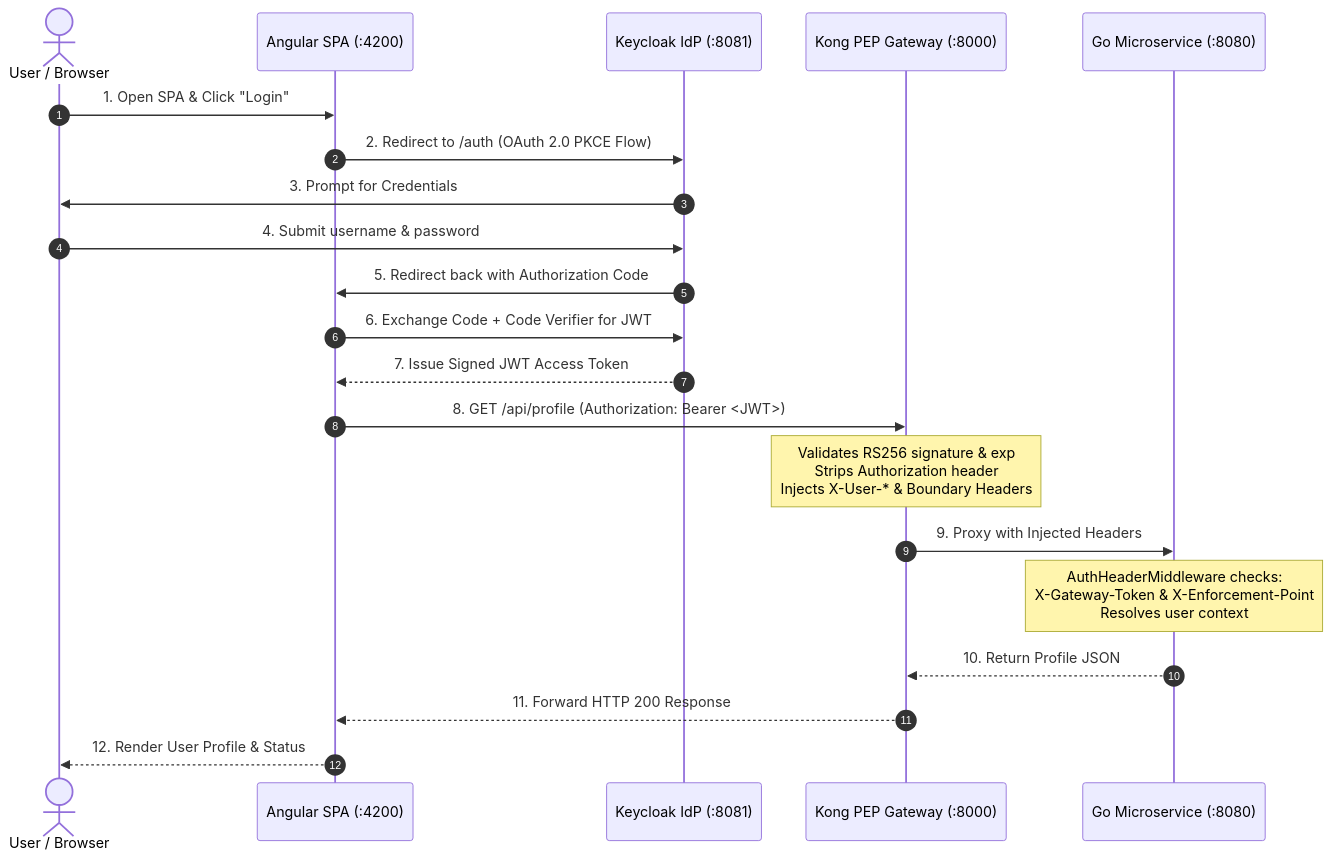
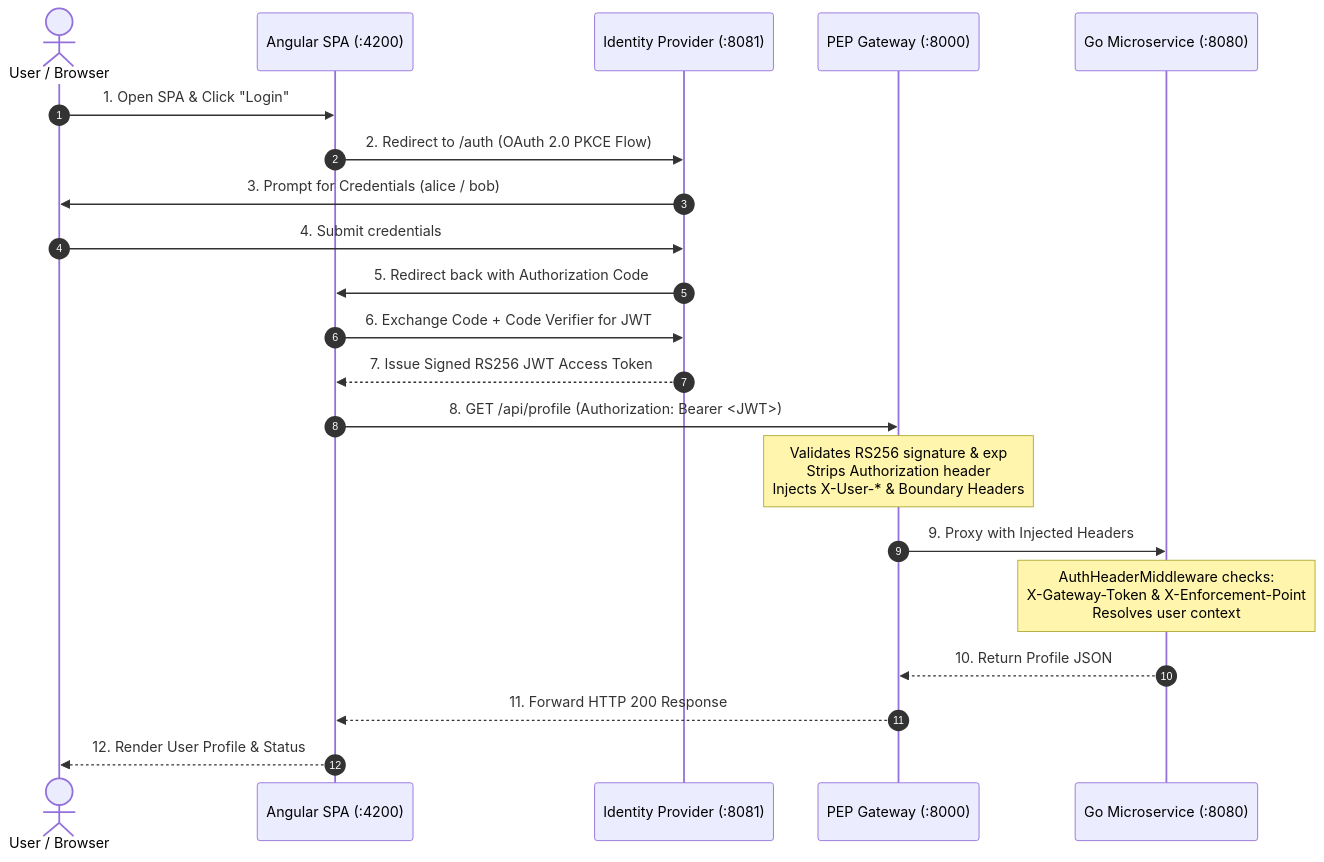
The diagram in README.md (afinana/auth-spa-poc), drawn with Mermaid before and after one commit. The commit also changed other lines of this file and 4 other files, not shown here.

````diff
--- a/README.md
+++ b/README.md
@@ -9,24 +9,24 @@
 ```mermaid
 sequenceDiagram
     autonumber
     actor User as User / Browser
     participant SPA as Angular SPA (:4200)
-    participant Keycloak as Keycloak IdP (:8081)
-    participant Kong as Kong PEP Gateway (:8000)
+    participant IdP as Identity Provider (:8081)
+    participant Gateway as PEP Gateway (:8000)
     participant Backend as Go Microservice (:8080)
 
     User->>SPA: 1. Open SPA & Click "Login"
-    SPA->>Keycloak: 2. Redirect to /auth (OAuth 2.0 PKCE Flow)
-    Keycloak->>User: 3. Prompt for Credentials
-    User->>Keycloak: 4. Submit username & password
-    Keycloak->>SPA: 5. Redirect back with Authorization Code
-    SPA->>Keycloak: 6. Exchange Code + Code Verifier for JWT
-    Keycloak-->>SPA: 7. Issue Signed JWT Access Token
-    SPA->>Kong: 8. GET /api/profile (Authorization: Bearer <JWT>)
-    Note over Kong: Validates RS256 signature & exp<br/>Strips Authorization header<br/>Injects X-User-* & Boundary Headers
-    Kong->>Backend: 9. Proxy with Injected Headers
+    SPA->>IdP: 2. Redirect to /auth (OAuth 2.0 PKCE Flow)
+    IdP->>User: 3. Prompt for Credentials (alice / bob)
+    User->>IdP: 4. Submit credentials
+    IdP->>SPA: 5. Redirect back with Authorization Code
+    SPA->>IdP: 6. Exchange Code + Code Verifier for JWT
+    IdP-->>SPA: 7. Issue Signed RS256 JWT Access Token
+    SPA->>Gateway: 8. GET /api/profile (Authorization: Bearer <JWT>)
+    Note over Gateway: Validates RS256 signature & exp<br/>Strips Authorization header<br/>Injects X-User-* & Boundary Headers
+    Gateway->>Backend: 9. Proxy with Injected Headers
     Note over Backend: AuthHeaderMiddleware checks:<br/>X-Gateway-Token & X-Enforcement-Point<br/>Resolves user context
-    Backend-->>Kong: 10. Return Profile JSON
-    Kong-->>SPA: 11. Forward HTTP 200 Response
+    Backend-->>Gateway: 10. Return Profile JSON
+    Gateway-->>SPA: 11. Forward HTTP 200 Response
     SPA-->>User: 12. Render User Profile & Status
 ```
````
